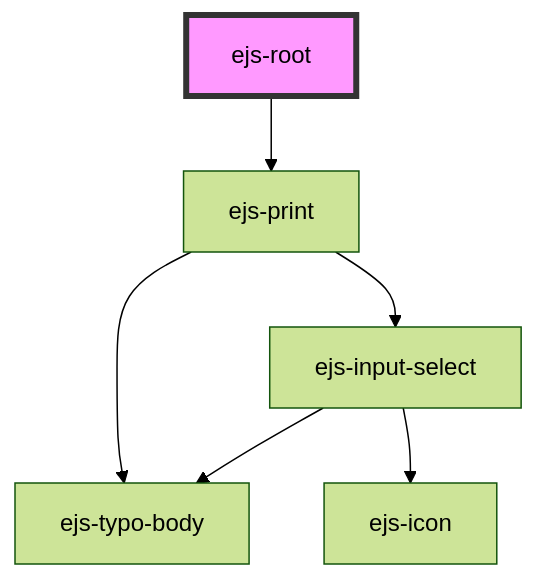
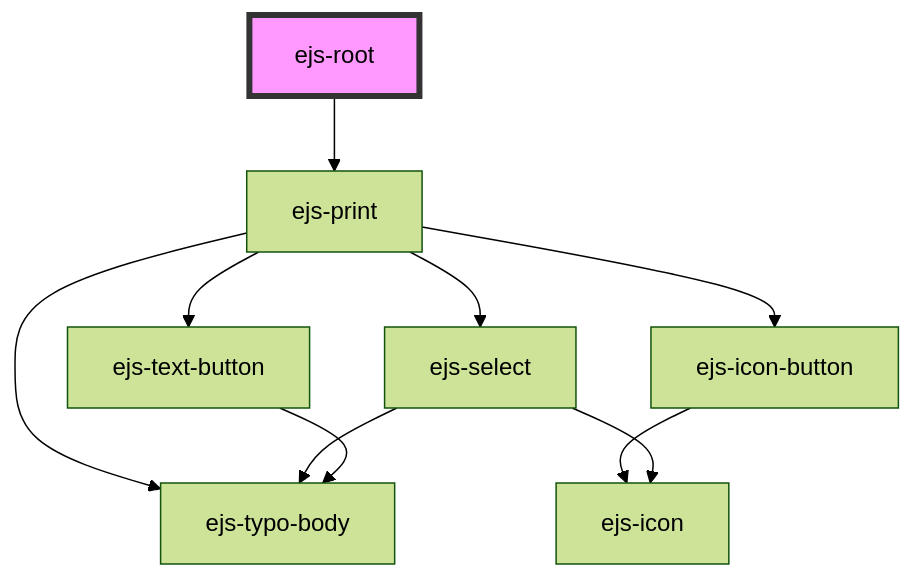
The diagram in src/components/ejs-root/readme.md (ezeep/ezeep-js), drawn with Mermaid (forest theme) before and after one commit. The commit also changed 25 other files, not shown here.

````diff
--- a/src/components/ejs-root/readme.md
+++ b/src/components/ejs-root/readme.md
@@ -31,9 +31,13 @@
 ```mermaid
 graph TD;
   ejs-root --> ejs-print
   ejs-print --> ejs-typo-body
-  ejs-print --> ejs-input-select
-  ejs-input-select --> ejs-typo-body
-  ejs-input-select --> ejs-icon
+  ejs-print --> ejs-icon-button
+  ejs-print --> ejs-select
+  ejs-print --> ejs-text-button
+  ejs-icon-button --> ejs-icon
+  ejs-select --> ejs-icon
+  ejs-select --> ejs-typo-body
+  ejs-text-button --> ejs-typo-body
   style ejs-root fill:#f9f,stroke:#333,stroke-width:4px
 ```
````
